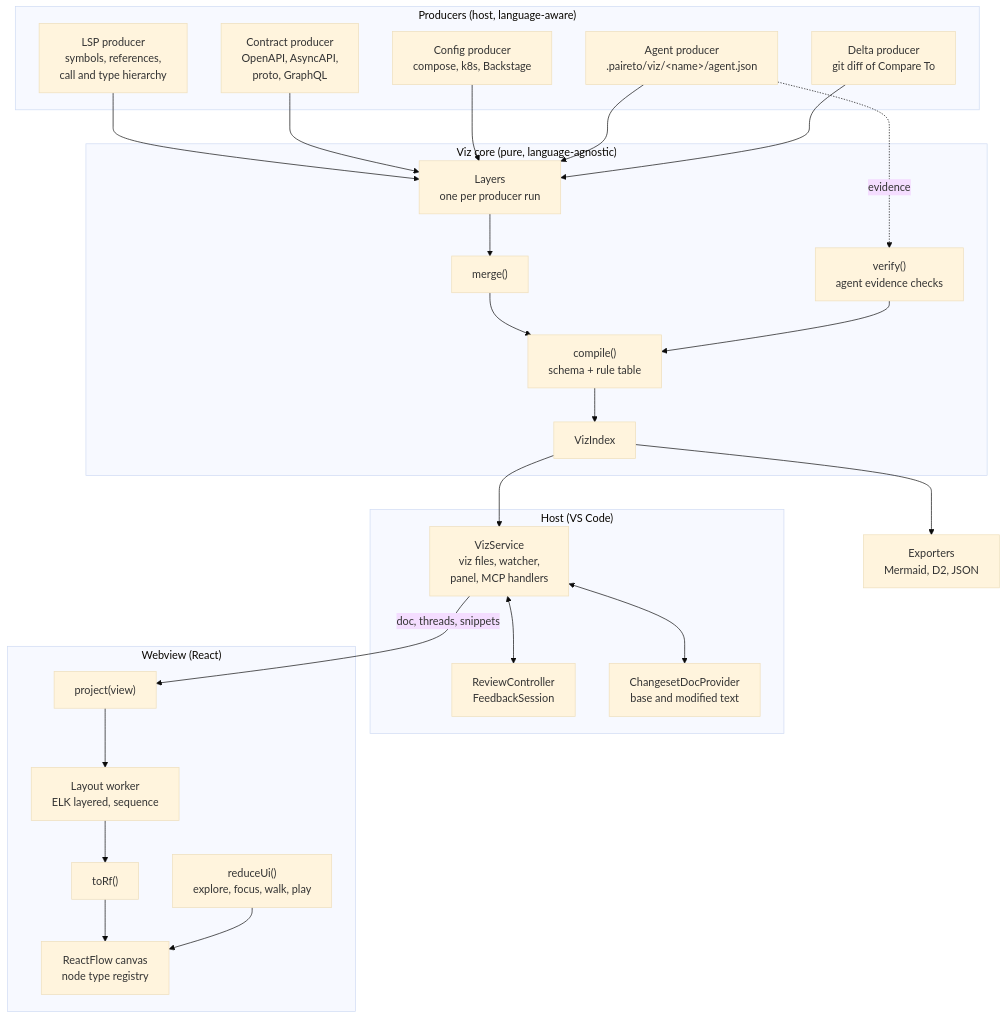
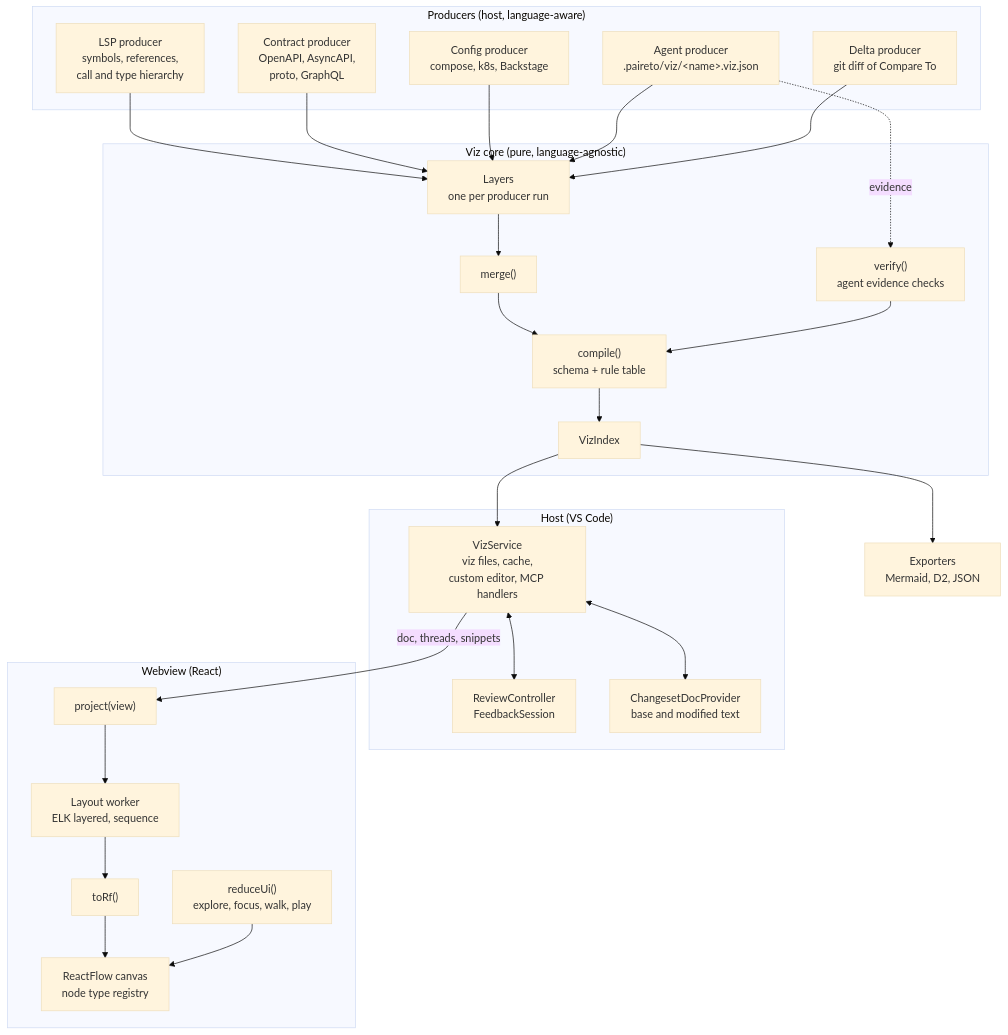
One commit to Nick-Lucas/paireto changed the diagram in docs/viz-core/02-architecture.md. Above: the diagram before and after it, drawn with Mermaid (base theme). The commit also changed other lines of this file and 3 other files, not shown here.

First line of the commit message:
Open vizzes in a custom editor and let users commit them

````diff
--- a/docs/viz-core/02-architecture.md
+++ b/docs/viz-core/02-architecture.md
@@ -33,49 +33,49 @@
 ```mermaid
 flowchart TB
   subgraph Producers["Producers (host, language-aware)"]
     LSP["LSP producer<br/>symbols, references,<br/>call and type hierarchy"]
     Contract["Contract producer<br/>OpenAPI, AsyncAPI,<br/>proto, GraphQL"]
     Config["Config producer<br/>compose, k8s, Backstage"]
-    Agent["Agent producer<br/>.paireto/viz/&lt;name&gt;/agent.json"]
+    Agent["Agent producer<br/>.paireto/viz/&lt;name&gt;.viz.json"]
     Delta["Delta producer<br/>git diff of Compare To"]
   end
 
   subgraph Core["Viz core (pure, language-agnostic)"]
     Layers["Layers<br/>one per producer run"]
     Merge["merge()"]
     Compile["compile()<br/>schema + rule table"]
     Index["VizIndex"]
     Verify["verify()<br/>agent evidence checks"]
   end
 
   subgraph Host["Host (VS Code)"]
-    Service["VizService<br/>viz files, watcher,<br/>panel, MCP handlers"]
+    Service["VizService<br/>viz files, cache,<br/>custom editor, MCP handlers"]
     Threads["ReviewController<br/>FeedbackSession"]
     Docs["ChangesetDocProvider<br/>base and modified text"]
   end
 
   subgraph Webview["Webview (React)"]
     Project["project(view)"]
     Layout["Layout worker<br/>ELK layered, sequence"]
     RF["toRf()"]
     Canvas["ReactFlow canvas<br/>node type registry"]
     UI["reduceUi()<br/>explore, focus, walk, play"]
   end
 
   Export["Exporters<br/>Mermaid, D2, JSON"]
 
   LSP --> Layers
   Contract --> Layers
   Config --> Layers
   Agent --> Layers
   Delta --> Layers
   Layers --> Merge --> Compile --> Index
   Agent -. evidence .-> Verify --> Compile
   Index --> Service
   Service <--> Threads
   Service <--> Docs
   Service -- "doc, threads, snippets" --> Project
   Project --> Layout --> RF --> Canvas
   UI --> Canvas
   Index --> Export
 ```
````
